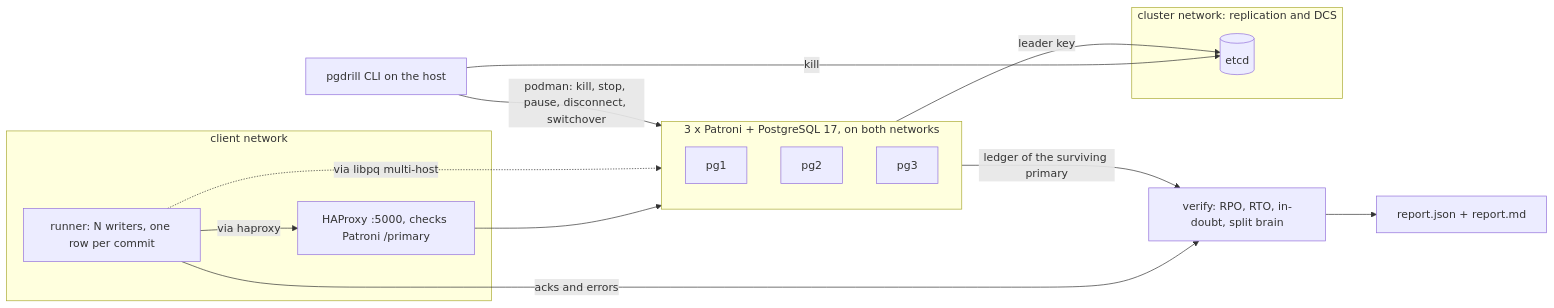
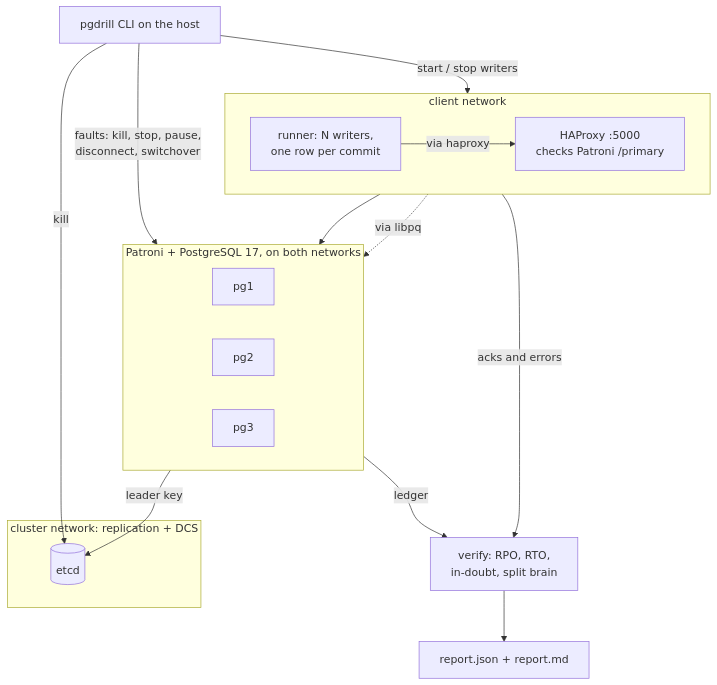
One commit to kiwifarmit/ol-sbx-pg-failover-drill changed the diagram in README.md. Above: the diagram before and after it, drawn with Mermaid.

Commit message:
README: top-to-bottom diagram so it stays readable at README width

````diff
--- a/README.md
+++ b/README.md
@@ -27,30 +27,34 @@
 ```mermaid
-flowchart LR
+flowchart TB
     cli["pgdrill CLI on the host"]
-    verify["verify: RPO, RTO, in-doubt, split brain"]
-    report["report.json + report.md"]
 
     subgraph client["client network"]
-        runner["runner: N writers, one row per commit"]
-        haproxy["HAProxy :5000, checks Patroni /primary"]
+        direction LR
+        runner["runner: N writers,<br/>one row per commit"]
+        haproxy["HAProxy :5000<br/>checks Patroni /primary"]
     end
 
-    subgraph pg["3 x Patroni + PostgreSQL 17, on both networks"]
+    subgraph pg["Patroni + PostgreSQL 17, on both networks"]
+        direction LR
         pg1["pg1"]
         pg2["pg2"]
         pg3["pg3"]
     end
 
-    subgraph cluster["cluster network: replication and DCS"]
+    subgraph cluster["cluster network: replication + DCS"]
         etcd[("etcd")]
     end
 
+    verify["verify: RPO, RTO,<br/>in-doubt, split brain"]
+    report["report.json + report.md"]
+
+    cli -- "start / stop writers" --> runner
+    cli -- "faults: kill, stop, pause,<br/>disconnect, switchover" --> pg
+    cli -- "kill" --> etcd
     runner -- "via haproxy" --> haproxy --> pg
-    runner -. "via libpq multi-host" .-> pg
+    runner -. "via libpq" .-> pg
     pg -- "leader key" --> etcd
-    cli -- "podman: kill, stop, pause, disconnect, switchover" --> pg
-    cli -- "kill" --> etcd
     runner -- "acks and errors" --> verify
-    pg -- "ledger of the surviving primary" --> verify
+    pg -- "ledger" --> verify
     verify --> report
 ```
````
